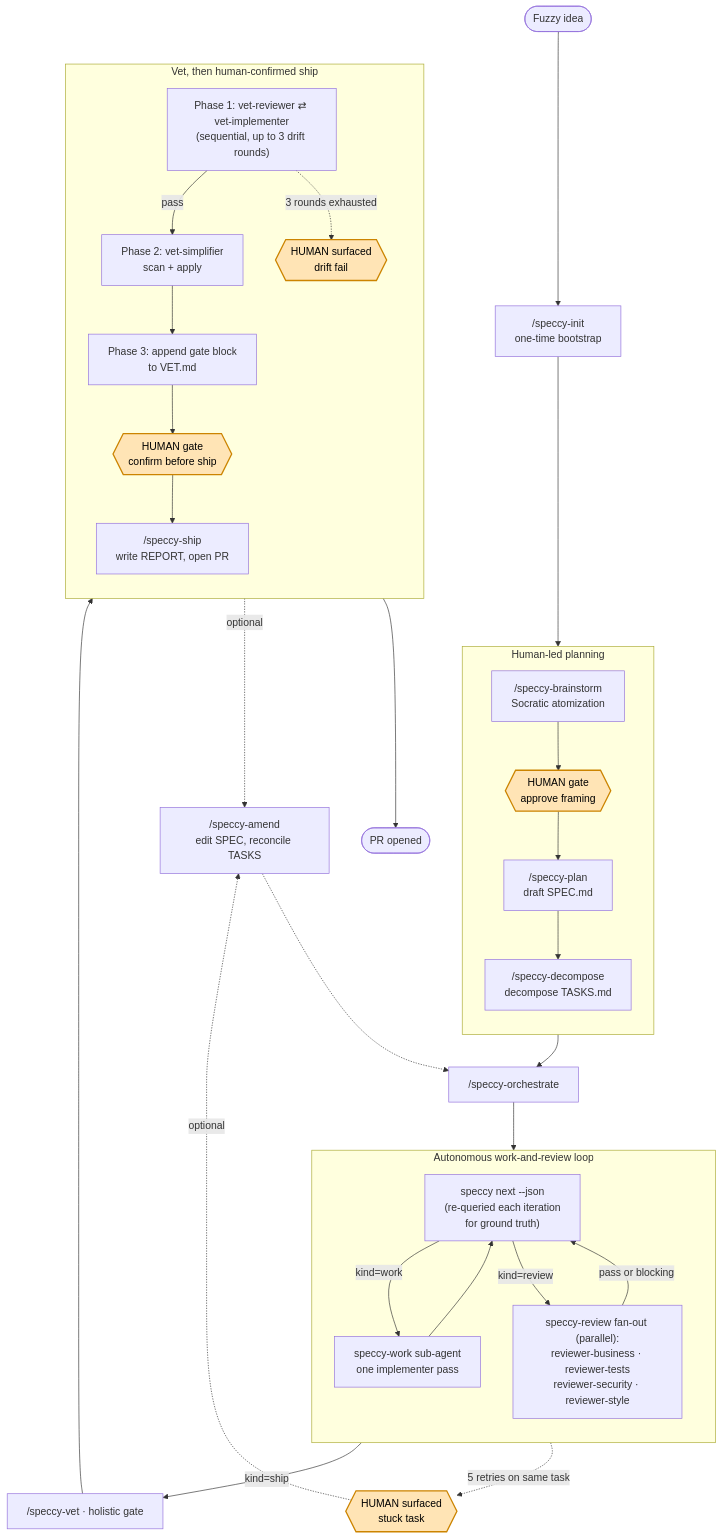
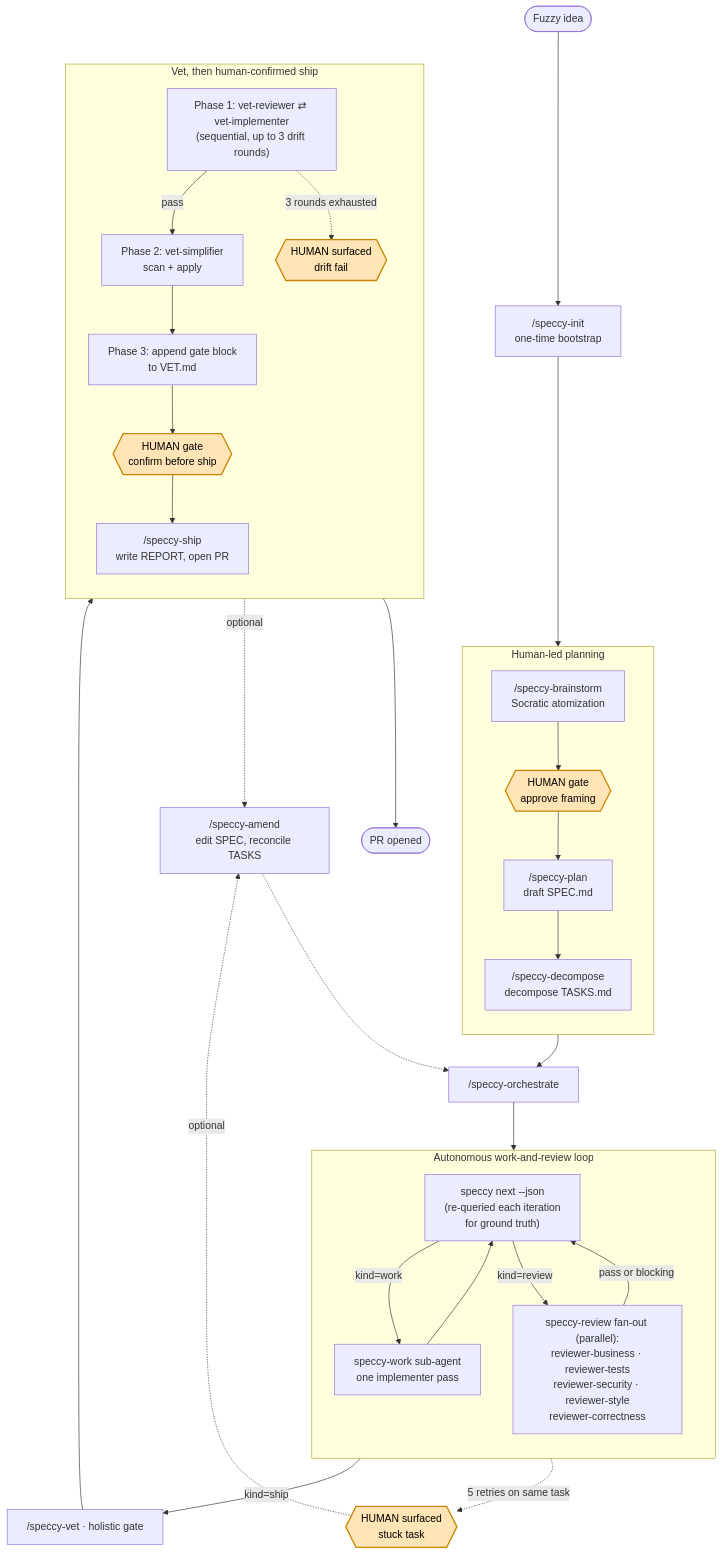
One commit to kvnxiao/speccy changed the diagram in README.md. Above: the diagram before and after it, drawn with Mermaid. The commit also changed other lines of this file and 114 other files, not shown here.

Commit message:
chore: holistic review streamline — tests, docs, prompts, core, cli (#21)

````diff
--- a/README.md
+++ b/README.md
@@ -220,52 +220,52 @@
 ```mermaid
 flowchart TD
     Start([Fuzzy idea]) --> Init["/speccy-init<br/>one-time bootstrap"]
 
     subgraph Plan_zone [Human-led planning]
       direction TB
       Brain["/speccy-brainstorm<br/>Socratic atomization"]
       BrainGate{{HUMAN gate<br/>approve framing}}
       PlanCmd["/speccy-plan<br/>draft SPEC.md"]
       TasksCmd["/speccy-decompose<br/>decompose TASKS.md"]
       Brain --> BrainGate --> PlanCmd --> TasksCmd
     end
 
     Init --> Brain
     TasksCmd --> Orch["/speccy-orchestrate"]
 
     subgraph Auto_zone [Autonomous work-and-review loop]
       direction TB
       NextQ["speccy next --json<br/>(re-queried each iteration<br/>for ground truth)"]
       Work["speccy-work sub-agent<br/>one implementer pass"]
-      ReviewFan["speccy-review fan-out (parallel):<br/>reviewer-business · reviewer-tests<br/>reviewer-security · reviewer-style"]
+      ReviewFan["speccy-review fan-out (parallel):<br/>reviewer-business · reviewer-tests<br/>reviewer-security · reviewer-style<br/>reviewer-correctness"]
       NextQ -->|kind=work| Work
       Work --> NextQ
       NextQ -->|kind=review| ReviewFan
       ReviewFan -->|pass or blocking| NextQ
     end
 
     Orch --> NextQ
     ReviewFan -.->|5 retries on same task| Stuck{{HUMAN surfaced<br/>stuck task}}
     NextQ -->|kind=ship| Vet["/speccy-vet · holistic gate"]
 
     subgraph Ship_zone [Vet, then human-confirmed ship]
       direction TB
       Drift["Phase 1: vet-reviewer ⇄ vet-implementer<br/>(sequential, up to 3 drift rounds)"]
       Simp["Phase 2: vet-simplifier<br/>scan + apply"]
       Gate["Phase 3: append gate block<br/>to VET.md"]
       ShipGate{{HUMAN gate<br/>confirm before ship}}
       Ship["/speccy-ship<br/>write REPORT, open PR"]
       Drift -->|pass| Simp --> Gate --> ShipGate --> Ship
       Drift -.->|3 rounds exhausted| DriftFail{{HUMAN surfaced<br/>drift fail}}
     end
 
     Vet --> Drift
     Ship --> Done([PR opened])
 
     Stuck -.->|optional| Amend["/speccy-amend<br/>edit SPEC, reconcile TASKS"]
     DriftFail -.->|optional| Amend
     Amend -.-> Orch
 
     classDef human fill:#ffe4b5,stroke:#cc8400,stroke-width:2px,color:#000
     class BrainGate,Stuck,DriftFail,ShipGate human
 ```
````
